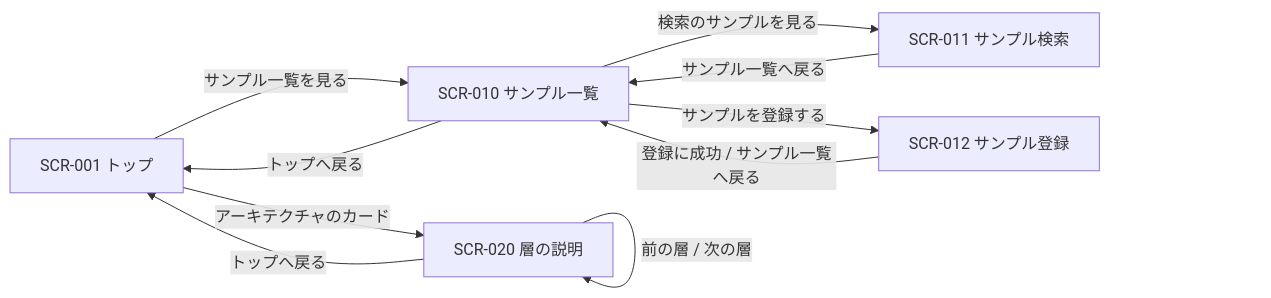
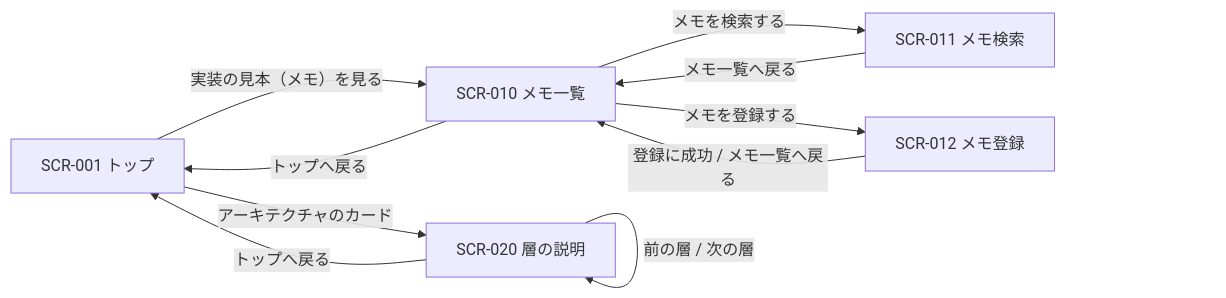
The diagram in docs/01_全体設計/01_サイトマップ・画面一覧.md (m-eiichi/next-dev-env), drawn with Mermaid before and after one commit. The commit also changed other lines of this file and 68 other files, not shown here.

````diff
--- a/docs/01_全体設計/01_サイトマップ・画面一覧.md
+++ b/docs/01_全体設計/01_サイトマップ・画面一覧.md
@@ -41,17 +41,17 @@
 ```mermaid
 flowchart LR
   SCR001["SCR-001 トップ"]
-  SCR010["SCR-010 サンプル一覧"]
-  SCR001 -->|サンプル一覧を見る| SCR010
+  SCR010["SCR-010 メモ一覧"]
+  SCR001 -->|実装の見本（メモ）を見る| SCR010
   SCR010 -->|トップへ戻る| SCR001
-  SCR011["SCR-011 サンプル検索"]
-  SCR010 -->|検索のサンプルを見る| SCR011
-  SCR011 -->|サンプル一覧へ戻る| SCR010
-  SCR012["SCR-012 サンプル登録"]
-  SCR010 -->|サンプルを登録する| SCR012
-  SCR012 -->|登録に成功 / サンプル一覧へ戻る| SCR010
+  SCR011["SCR-011 メモ検索"]
+  SCR010 -->|メモを検索する| SCR011
+  SCR011 -->|メモ一覧へ戻る| SCR010
+  SCR012["SCR-012 メモ登録"]
+  SCR010 -->|メモを登録する| SCR012
+  SCR012 -->|登録に成功 / メモ一覧へ戻る| SCR010
   SCR020["SCR-020 層の説明"]
   SCR001 -->|アーキテクチャのカード| SCR020
   SCR020 -->|前の層 / 次の層| SCR020
   SCR020 -->|トップへ戻る| SCR001
 ```
````
